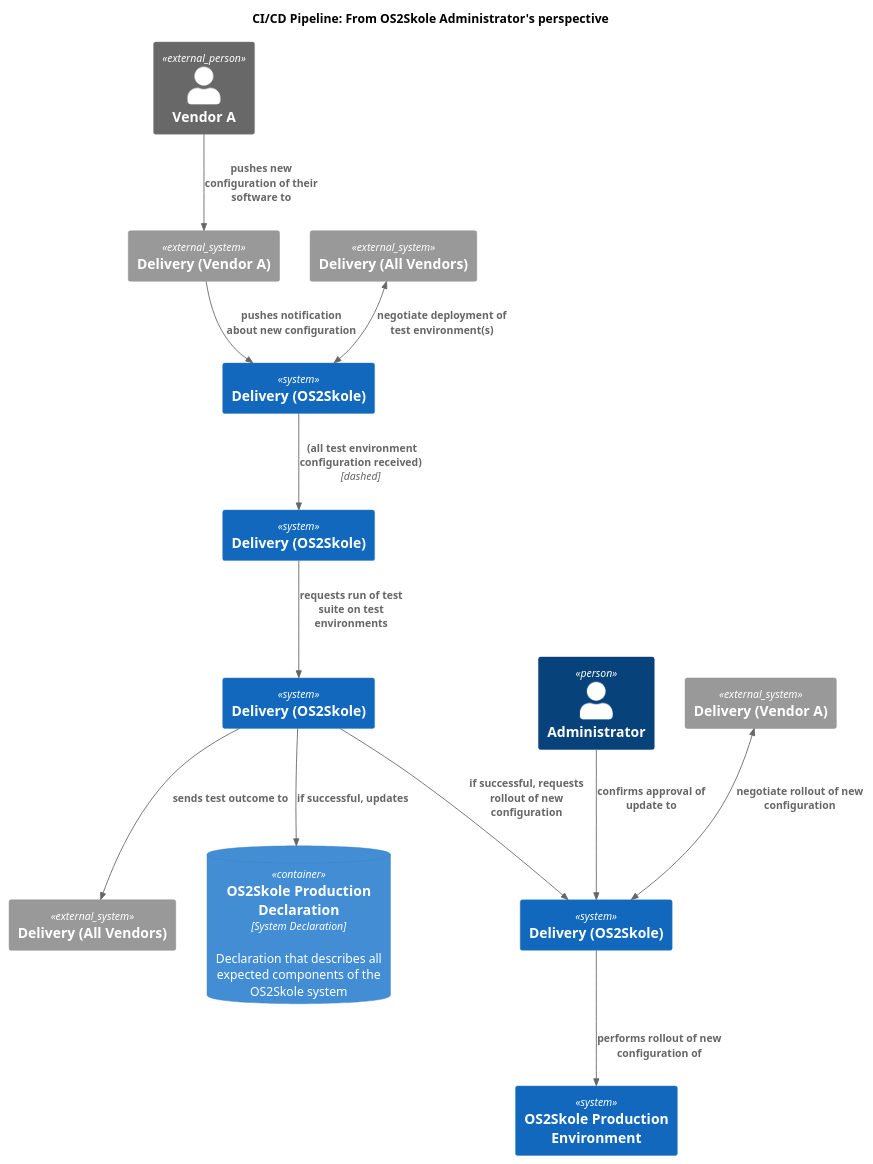
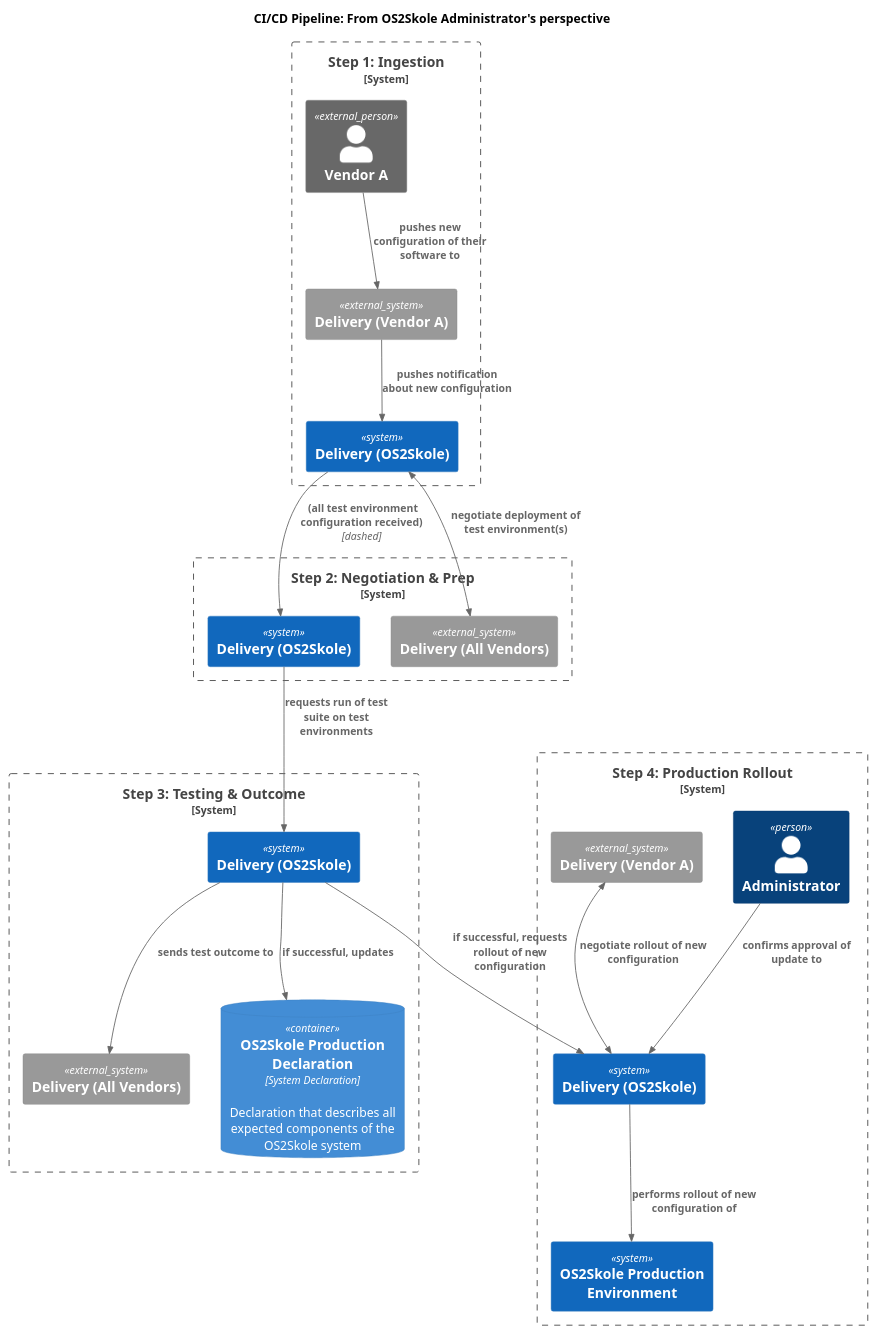
The diagram in docs/diagrams/pipeline_dynamic_diagram.puml (0xf1e/os2skole-PoC), drawn with PlantUML before and after one commit.

Commit message:
feat: visualize pipeline steps as boundaries in C4 diagram

```diff
--- a/docs/diagrams/pipeline_dynamic_diagram.puml
+++ b/docs/diagrams/pipeline_dynamic_diagram.puml
@@ -1,51 +1,52 @@
 @startuml
 !include https://raw.githubusercontent.com/plantuml-stdlib/C4-PlantUML/master/C4_Container.puml
 
 ' LEFT TO RIGHT DIRECTION
 ' skinparam linetype ortho
 
 title CI/CD Pipeline: From OS2Skole Administrator's perspective
 
 ' --- Step 1: Ingestion ---
-Person_Ext(vendor_a, "Vendor A")
-System_Ext(delivery_vendor_a, "Delivery (Vendor A)", "")
-System(os2skole_1_notification, "Delivery (OS2Skole)")
+Boundary(step1, "Step 1: Ingestion", $type="System") {
+    Person_Ext(vendor_a, "Vendor A")
+    System_Ext(delivery_vendor_a, "Delivery (Vendor A)", "")
+    System(os2skole_1_notification, "Delivery (OS2Skole)")
 
-' Relationships Step 1
-Rel(vendor_a, delivery_vendor_a, "pushes new configuration of their software to")
-Rel(delivery_vendor_a, os2skole_1_notification, "pushes notification about new configuration")
-
+    Rel(vendor_a, delivery_vendor_a, "pushes new configuration of their software to")
+    Rel(delivery_vendor_a, os2skole_1_notification, "pushes notification about new configuration")
+}
 
 ' --- Step 2: Negotiation & Prep ---
-System_Ext(delivery_all_vendors_nego, "Delivery (All Vendors)", "")
-System(os2skole_2_test_prep, "Delivery (OS2Skole)")
+Boundary(step2, "Step 2: Negotiation & Prep", $type="System") {
+    System_Ext(delivery_all_vendors_nego, "Delivery (All Vendors)", "")
+    System(os2skole_2_test_prep, "Delivery (OS2Skole)")
 
-' Relationships Step 2
-BiRel(delivery_all_vendors_nego, os2skole_1_notification, "negotiate deployment of test environment(s)")
-Rel(os2skole_1_notification, os2skole_2_test_prep, " (all test environment configuration received)", "dashed")
-
+    BiRel(delivery_all_vendors_nego, os2skole_1_notification, "negotiate deployment of test environment(s)")
+    Rel(os2skole_1_notification, os2skole_2_test_prep, " (all test environment configuration received)", "dashed")
+}
 
 ' --- Step 3: Testing & Outcome ---
-System_Ext(delivery_all_vendors_outcome, "Delivery (All Vendors)", "")
-System(os2skole_3_update, "Delivery (OS2Skole)")
-ContainerDb(prod_decl, "OS2Skole Production Declaration", "System Declaration", "Declaration that describes all expected components of the OS2Skole system")
+Boundary(step3, "Step 3: Testing & Outcome", $type="System") {
+    System_Ext(delivery_all_vendors_outcome, "Delivery (All Vendors)", "")
+    System(os2skole_3_update, "Delivery (OS2Skole)")
+    ContainerDb(prod_decl, "OS2Skole Production Declaration", "System Declaration", "Declaration that describes all expected components of the OS2Skole system")
 
-' Relationships Step 3
-Rel(os2skole_2_test_prep, os2skole_3_update, "requests run of test suite on test environments")
-Rel(os2skole_3_update, delivery_all_vendors_outcome, "sends test outcome to")
-Rel(os2skole_3_update, prod_decl, "if successful, updates")
-
+    Rel(os2skole_2_test_prep, os2skole_3_update, "requests run of test suite on test environments")
+    Rel(os2skole_3_update, delivery_all_vendors_outcome, "sends test outcome to")
+    Rel(os2skole_3_update, prod_decl, "if successful, updates")
+}
 
 ' --- Step 4: Production Rollout ---
-System(os2skole_4_rollout, "Delivery (OS2Skole)")
-Person(admin, "Administrator", "")
-System_Ext(delivery_vendor_a_prod, "Delivery (Vendor A)", "")
-System(prod_env, "OS2Skole Production\nEnvironment")
+Boundary(step4, "Step 4: Production Rollout", $type="System") {
+    System(os2skole_4_rollout, "Delivery (OS2Skole)")
+    Person(admin, "Administrator", "")
+    System_Ext(delivery_vendor_a_prod, "Delivery (Vendor A)", "")
+    System(prod_env, "OS2Skole Production\nEnvironment")
 
-' Relationships Step 4
-Rel(os2skole_3_update, os2skole_4_rollout, "if successful, requests rollout of new configuration")
-Rel(admin, os2skole_4_rollout, "confirms approval of update to")
-BiRel(delivery_vendor_a_prod, os2skole_4_rollout, "negotiate rollout of new configuration")
-Rel(os2skole_4_rollout, prod_env, "performs rollout of new configuration of")
+    Rel(os2skole_3_update, os2skole_4_rollout, "if successful, requests rollout of new configuration")
+    Rel(admin, os2skole_4_rollout, "confirms approval of update to")
+    BiRel(delivery_vendor_a_prod, os2skole_4_rollout, "negotiate rollout of new configuration")
+    Rel(os2skole_4_rollout, prod_env, "performs rollout of new configuration of")
+}
 
 @enduml
```
